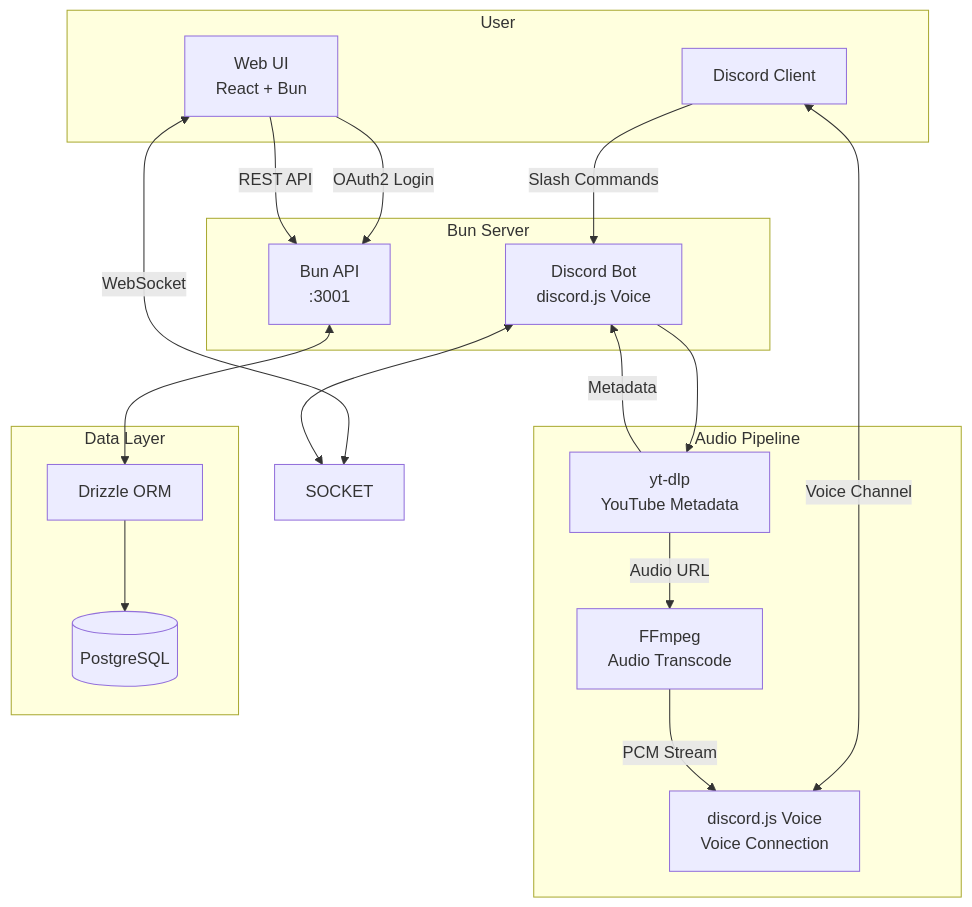
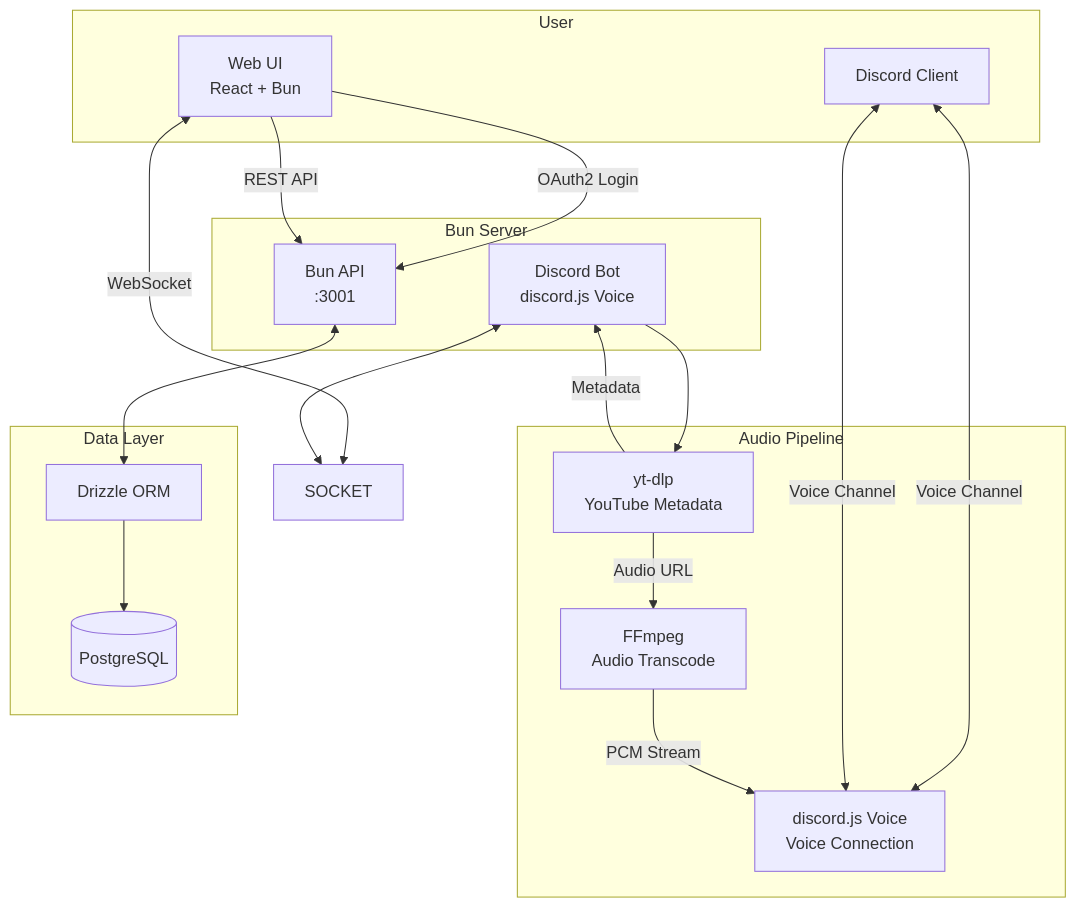
One commit to ebears/alfira-bot changed the diagram in docs/tech-stack.md. Above: the diagram before and after it, drawn with Mermaid. The commit also changed 8 other files, not shown here.

````diff
--- a/docs/tech-stack.md
+++ b/docs/tech-stack.md
@@ -18,43 +18,43 @@
 ```mermaid
 flowchart TB
     subgraph User
         WEB[Web UI<br/>React + Bun]
         DISC[Discord Client]
     end
 
     subgraph Server["Bun Server"]
         API[Bun API<br/>:3001]
         BOT[Discord Bot<br/>discord.js Voice]
     end
 
     subgraph Audio["Audio Pipeline"]
         YTDLP[yt-dlp<br/>YouTube Metadata]
         FF[FFmpeg<br/>Audio Transcode]
         VOICE[discord.js Voice<br/>Voice Connection]
     end
 
     subgraph Data["Data Layer"]
         DRIZZLE[Drizzle ORM]
         PG[(PostgreSQL)]
     end
 
     %% User interactions
     WEB -->|OAuth2 Login| API
     WEB -->|REST API| API
     WEB <-->|WebSocket| SOCKET
-    DISC -->|Slash Commands| BOT
+    DISC <-->|Voice Channel| VOICE
     DISC <-->|Voice Channel| VOICE
 
     %% Server internal
     API <--> DRIZZLE
     BOT <--> SOCKET
 
     %% Audio pipeline
     YTDLP -->|Metadata| BOT
     YTDLP -->|Audio URL| FF
     FF -->|PCM Stream| VOICE
     BOT --> YTDLP
 
     %% Database
     DRIZZLE --> PG
 ```
````
